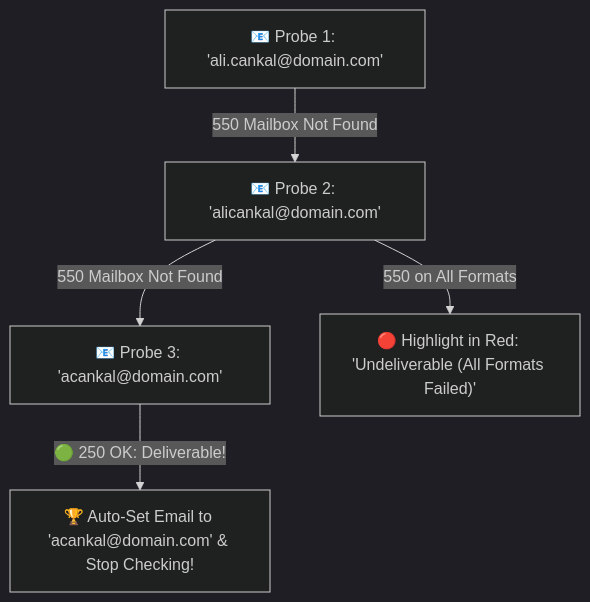
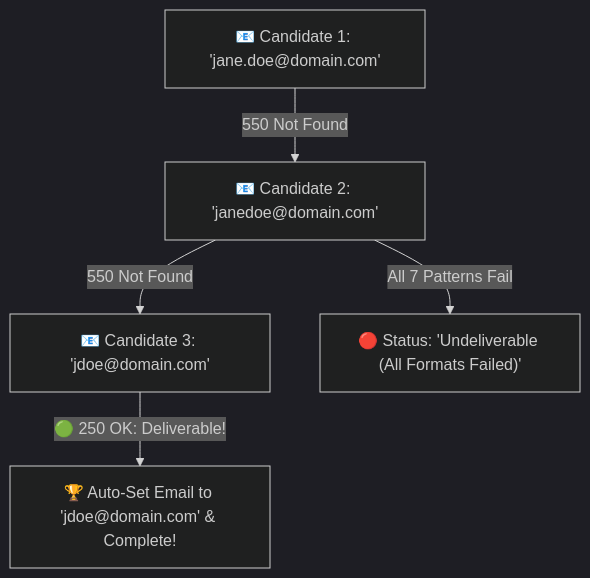
The fifth of 6 diagrams in USER_GUIDE.md (cankalsoftware/Google-Scrape), drawn with Mermaid (dark theme) before and after one commit. The commit also changed other lines of this file and 5 other files, not shown here.

````diff
--- a/USER_GUIDE.md
+++ b/USER_GUIDE.md
@@ -306,7 +319,7 @@
 ```mermaid
 graph TD
-    A["📧 Probe 1: 'ali.cankal@domain.com'"] -->|550 Mailbox Not Found| B["📧 Probe 2: 'alicankal@domain.com'"]
-    B -->|550 Mailbox Not Found| C["📧 Probe 3: 'acankal@domain.com'"]
-    C -->|🟢 250 OK: Deliverable!| D["🏆 Auto-Set Email to 'acankal@domain.com' & Stop Checking!"]
-    B -->|550 on All Formats| E["🔴 Highlight in Red: 'Undeliverable (All Formats Failed)'"]
+    A["📧 Candidate 1: 'jane.doe@domain.com'"] -->|550 Not Found| B["📧 Candidate 2: 'janedoe@domain.com'"]
+    B -->|550 Not Found| C["📧 Candidate 3: 'jdoe@domain.com'"]
+    C -->|🟢 250 OK: Deliverable!| D["🏆 Auto-Set Email to 'jdoe@domain.com' & Complete!"]
+    B -->|All 7 Patterns Fail| E["🔴 Status: 'Undeliverable (All Formats Failed)'"]
 ```
````
